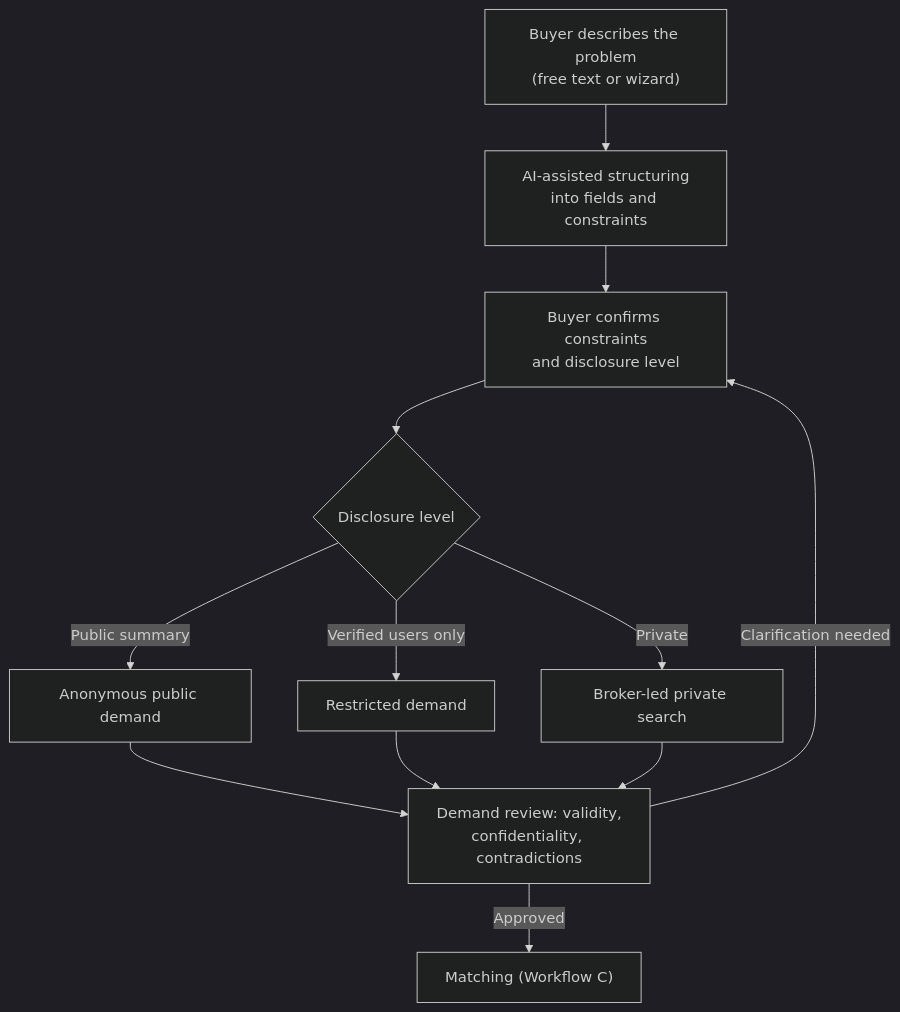
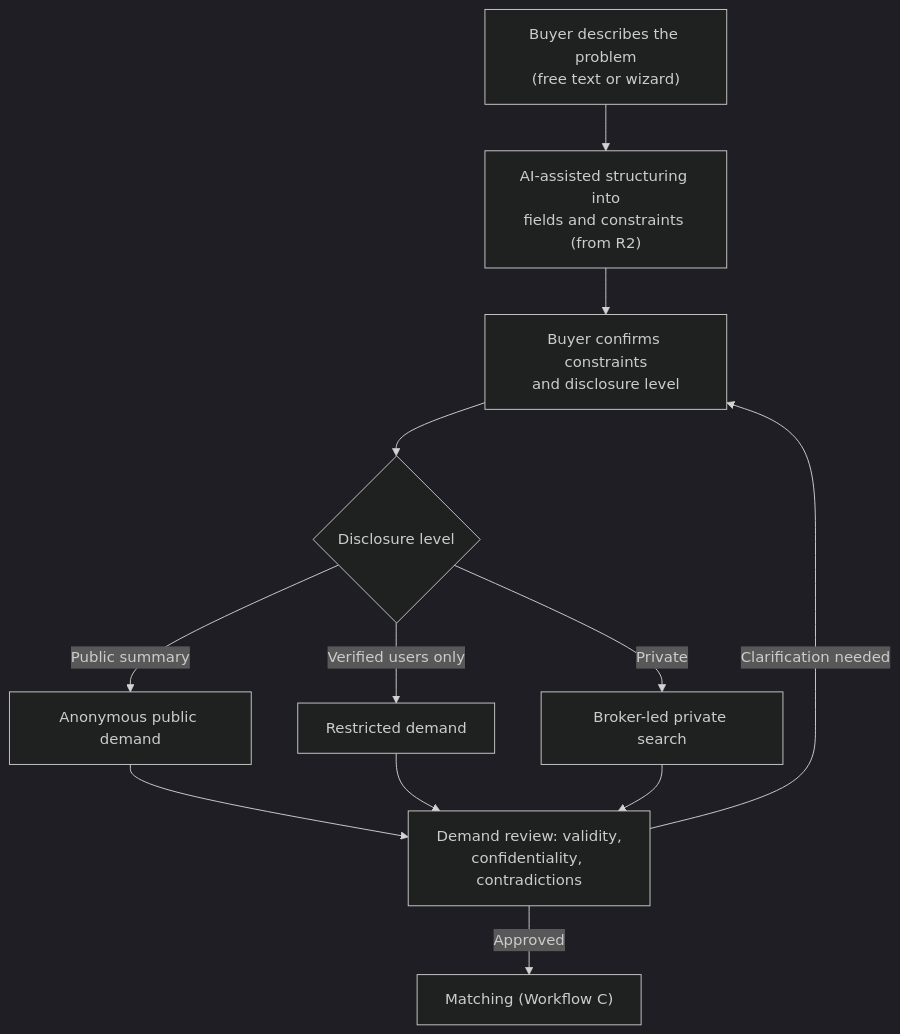
One commit to greensoft-atom/tex-platform changed the eighth of 21 diagrams in 05-system-design-blueprint.md. Above: the diagram before and after it, drawn with Mermaid (dark theme). The commit also changed other lines of this file and 615 other files, not shown here.

````diff
--- a/05-system-design-blueprint.md
+++ b/05-system-design-blueprint.md
@@ -520,14 +578,14 @@
 ```mermaid
 flowchart TD
-    A["Buyer describes the problem<br/>(free text or wizard)"] --> B["AI-assisted structuring<br/>into fields and constraints"]
+    A["Buyer describes the problem<br/>(free text or wizard)"] --> B["AI-assisted structuring into<br/>fields and constraints (from R2)"]
     B --> C["Buyer confirms constraints<br/>and disclosure level"]
     C --> D{"Disclosure level"}
     D -->|"Public summary"| E["Anonymous public demand"]
     D -->|"Verified users only"| F["Restricted demand"]
     D -->|"Private"| G["Broker-led private search"]
     E --> H["Demand review: validity,<br/>confidentiality, contradictions"]
     F --> H
     G --> H
     H -->|"Clarification needed"| C
     H -->|"Approved"| I["Matching (Workflow C)"]
 ```
````
